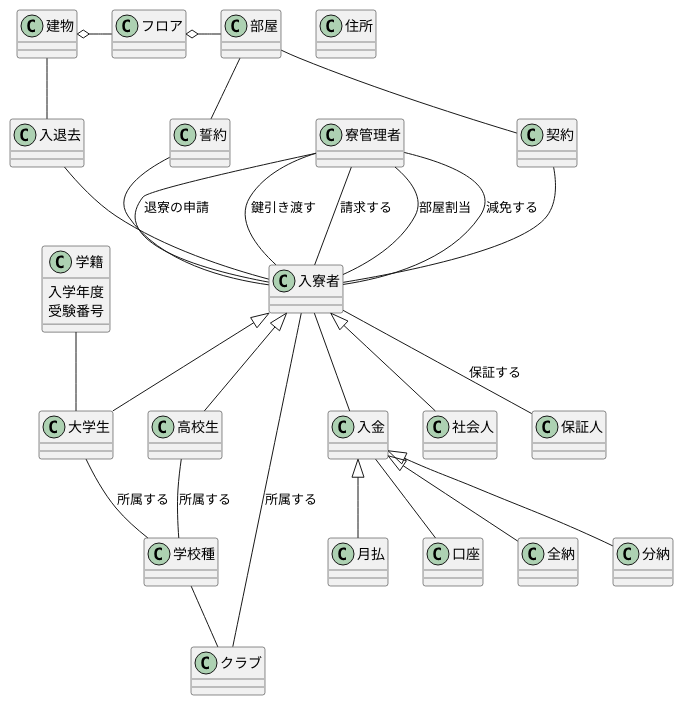
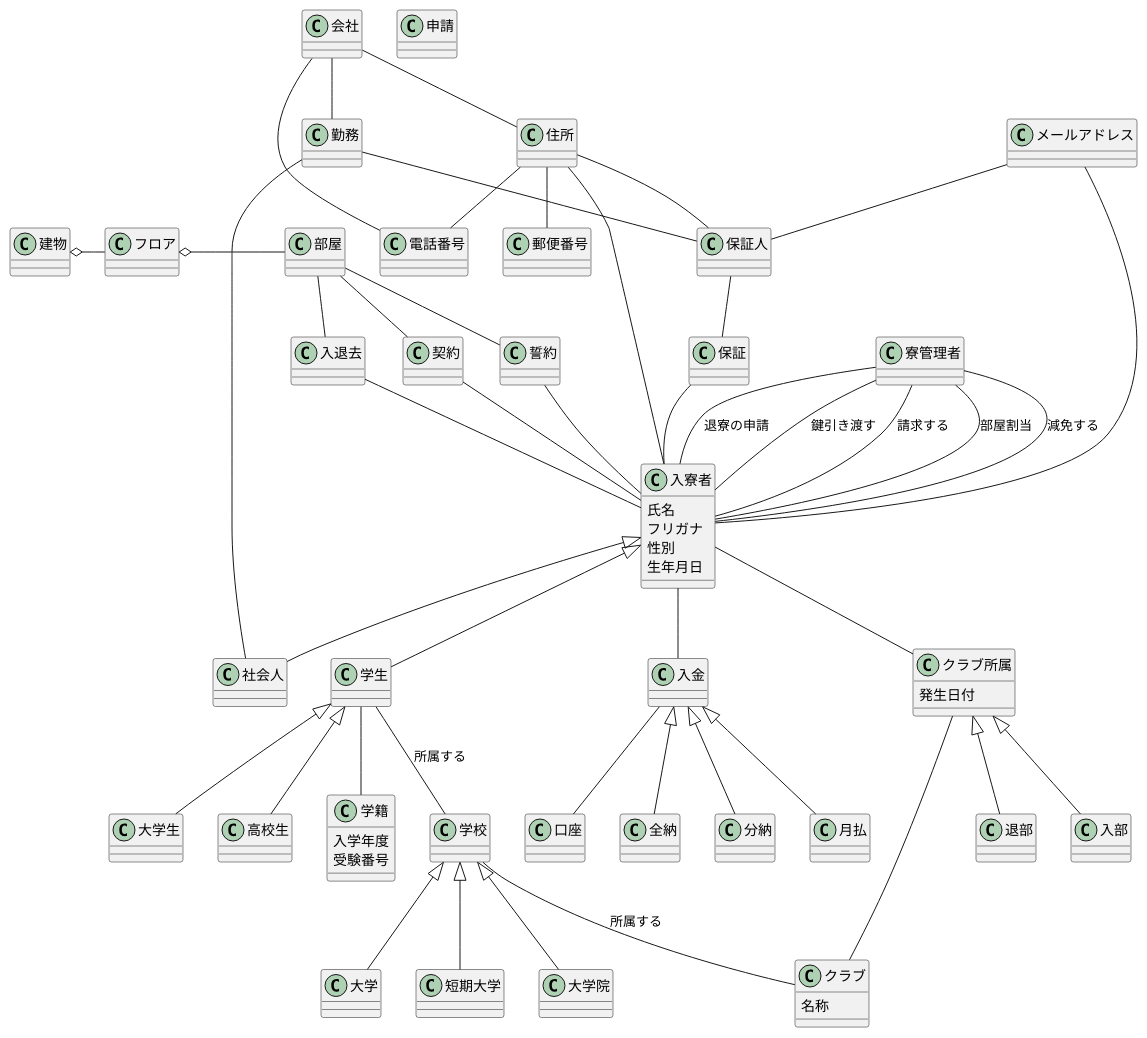
The diagram in model/Abstract.puml (stqp/domitoryManagementSystem), drawn with PlantUML before and after one commit. The commit also changed 4 other files, not shown here.

```diff
--- a/model/Abstract.puml
+++ b/model/Abstract.puml
@@ -1,52 +1,102 @@
 @startuml
 
-class 保証人
-class クラブ
-class 学校種
-class 入寮者
+class クラブ {
+  名称
+}
+class クラブ所属 {
+  発生日付
+}
+class 入部
+class 退部
+クラブ所属 <|-- 入部
+クラブ所属 <|-- 退部
+入寮者 -- クラブ所属
+クラブ所属 -- クラブ
+
+class 学校
+class 大学
+class 短期大学
+class 大学院
+学校 <|-- 大学
+学校 <|-- 短期大学
+学校 <|-- 大学院
+
+class 学生
+学生 <|-- 大学生
+学生 <|-- 高校生
+学生 -- 学校: 所属する
+学校 -- クラブ: 所属する
+入寮者 <|-- 学生
+入寮者 <|-- 社会人
+学生 -- 学籍
+
+class 入寮者 {
+  氏名
+  フリガナ
+  性別
+  生年月日
+}
 class 建物
 class フロア
 class 部屋
+
+class 郵便番号
+class 電話番号
 class 住所
+住所 -- 郵便番号
+住所 -- 電話番号
+住所 -- 入寮者
+住所 -- 保証人
+
+class メールアドレス
+メールアドレス -- 入寮者
+メールアドレス -- 保証人
+
+class 保証人
+class 保証
+保証人 -- 保証
+保証 -- 入寮者
+
+class 会社
+class 勤務
+会社 -- 勤務
+会社 -- 住所
+会社 -- 電話番号
+勤務 -- 社会人
+勤務 -- 保証人
+
 class 契約
 class 誓約
 class 口座
 class 寮管理者
 class 入金
 class 学籍 {
-    入学年度
-    受験番号
+  入学年度
+  受験番号
 }
 class 入退去
 
-学籍 -- 大学生
+class 申請
+
+部屋 -- 入退去
+入退去 -- 入寮者
 
 入金 <|-- 全納
 入金 <|-- 分納
 入金 <|-- 月払
 
 寮管理者 -- 入寮者: 部屋割当
 寮管理者 -- 入寮者: 減免する
 寮管理者 -- 入寮者: 退寮の申請
 寮管理者 -- 入寮者: 鍵引き渡す
 寮管理者 -- 入寮者: 請求する
-入寮者 <|-- 大学生
-入寮者 <|-- 高校生
-入寮者 <|-- 社会人
-建物 -- 入退去
-入退去 -- 入寮者
 部屋 -- 契約
 契約 -- 入寮者
 部屋 -- 誓約
 誓約 -- 入寮者
 入寮者 -- 入金
 入金 -- 口座
 建物 o- フロア
 フロア o- 部屋
-学校種 -- クラブ
-大学生 -- 学校種: 所属する
-高校生 -- 学校種: 所属する
-入寮者 -- クラブ: 所属する
-入寮者 -- 保証人: 保証する
 
 @enduml
```
